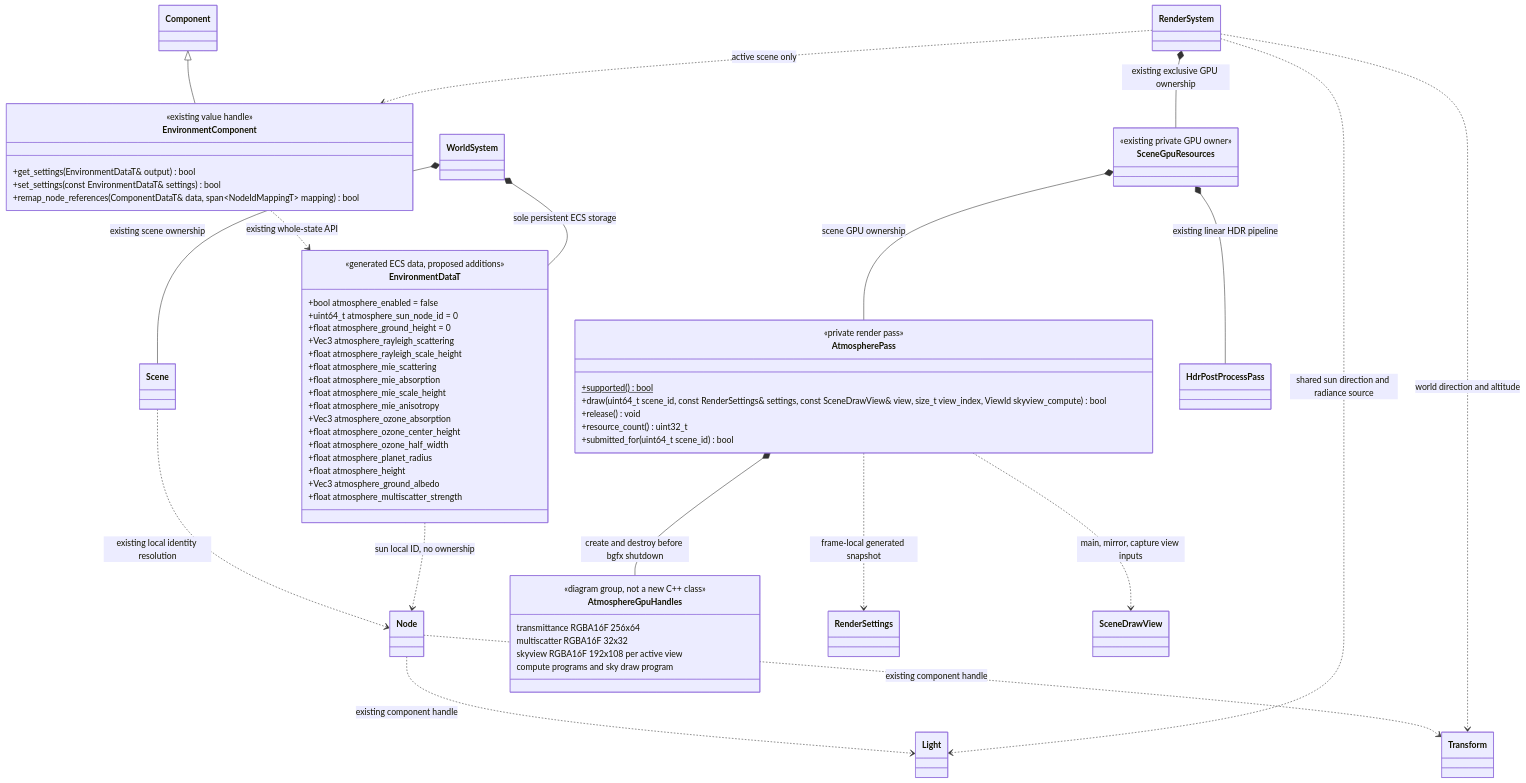
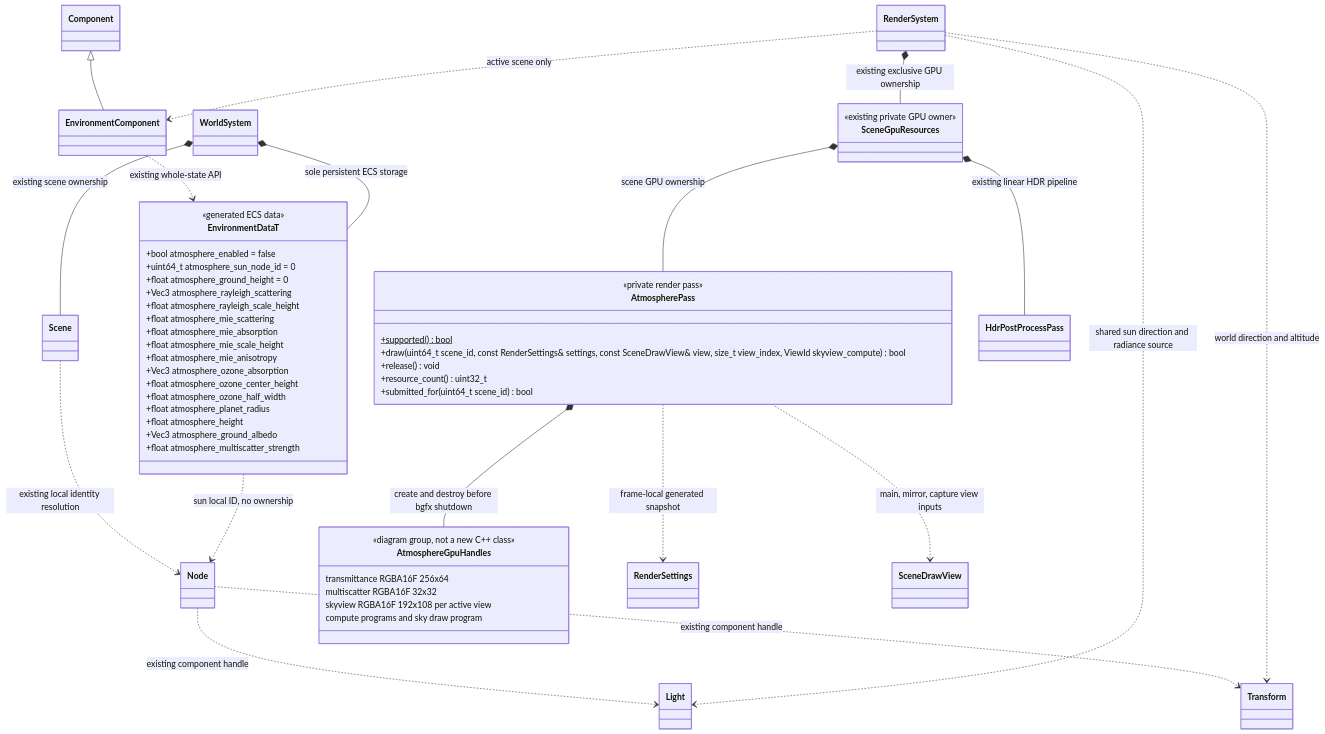
Before and after one commit to lcals/Engine: the first of 2 diagrams in docs/runtime/class-diagrams/atmosphere-hex-material.md, drawn with Mermaid. The commit also changed other lines of this file and 222 other files, not shown here.

Commit message:
Consolidate editor asset imports and align architecture documentation

````diff
--- a/docs/runtime/class-diagrams/atmosphere-hex-material.md
+++ b/docs/runtime/class-diagrams/atmosphere-hex-material.md
@@ -11,71 +11,66 @@
 ```mermaid
 classDiagram
     class Component
-    class EnvironmentComponent {
-        <<existing value handle>>
-        +get_settings(EnvironmentDataT& output) bool
-        +set_settings(const EnvironmentDataT& settings) bool
-        +remap_node_references(ComponentDataT& data, span~NodeIdMappingT~ mapping) bool
-    }
+    class EnvironmentComponent
     class EnvironmentDataT {
-        <<generated ECS data, proposed additions>>
+        <<generated ECS data>>
         +bool atmosphere_enabled = false
         +uint64_t atmosphere_sun_node_id = 0
         +float atmosphere_ground_height = 0
         +Vec3 atmosphere_rayleigh_scattering
         +float atmosphere_rayleigh_scale_height
         +float atmosphere_mie_scattering
         +float atmosphere_mie_absorption
         +float atmosphere_mie_scale_height
         +float atmosphere_mie_anisotropy
         +Vec3 atmosphere_ozone_absorption
         +float atmosphere_ozone_center_height
         +float atmosphere_ozone_half_width
         +float atmosphere_planet_radius
         +float atmosphere_height
         +Vec3 atmosphere_ground_albedo
         +float atmosphere_multiscatter_strength
     }
     class WorldSystem
     class Scene
     class Node
     class Light
     class Transform
     class RenderSystem
     class SceneGpuResources {
         <<existing private GPU owner>>
     }
     class AtmospherePass {
         <<private render pass>>
         +supported() bool$
         +draw(uint64_t scene_id, const RenderSettings& settings, const SceneDrawView& view, size_t view_index, ViewId skyview_compute) bool
         +release() void
         +resource_count() uint32_t
         +submitted_for(uint64_t scene_id) bool
     }
     class AtmosphereGpuHandles {
         <<diagram group, not a new C++ class>>
         transmittance RGBA16F 256x64
         multiscatter RGBA16F 32x32
         skyview RGBA16F 192x108 per active view
         compute programs and sky draw program
     }
     class HdrPostProcessPass
     Component <|-- EnvironmentComponent
     EnvironmentComponent ..> EnvironmentDataT : existing whole-state API
     WorldSystem *-- EnvironmentDataT : sole persistent ECS storage
     WorldSystem *-- Scene : existing scene ownership
     Scene ..> Node : existing local identity resolution
     EnvironmentDataT ..> Node : sun local ID, no ownership
     Node ..> Light : existing component handle
     Node ..> Transform : existing component handle
     RenderSystem *-- SceneGpuResources : existing exclusive GPU ownership
     RenderSystem ..> EnvironmentComponent : active scene only
     RenderSystem ..> Light : shared sun direction and radiance source
     RenderSystem ..> Transform : world direction and altitude
     SceneGpuResources *-- AtmospherePass : scene GPU ownership
     AtmospherePass *-- AtmosphereGpuHandles : create and destroy before bgfx shutdown
     SceneGpuResources *-- HdrPostProcessPass : existing linear HDR pipeline
     AtmospherePass ..> RenderSettings : frame-local generated snapshot
     AtmospherePass ..> SceneDrawView : main, mirror, capture view inputs
 ```
````
